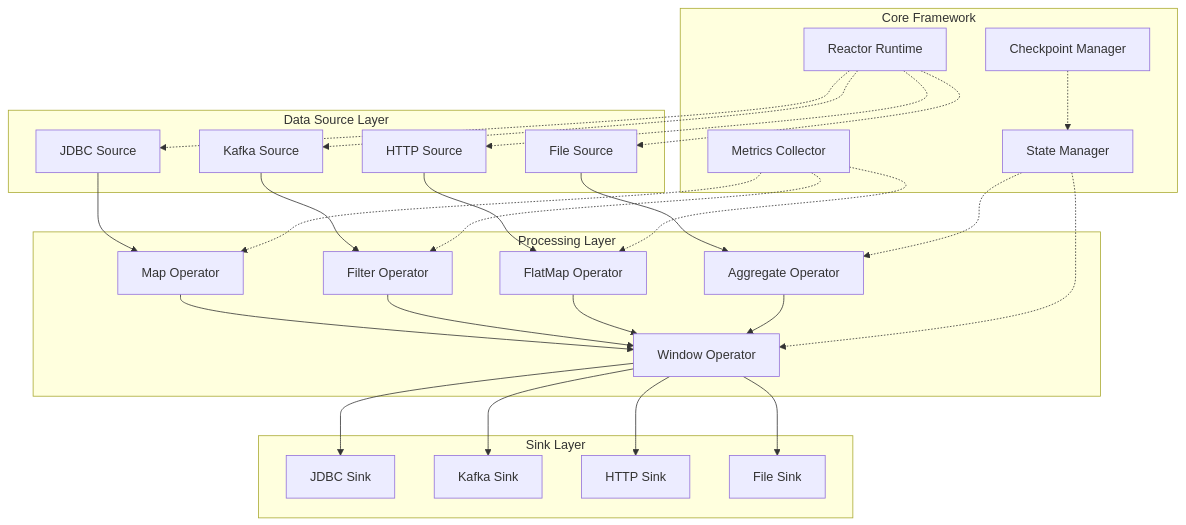
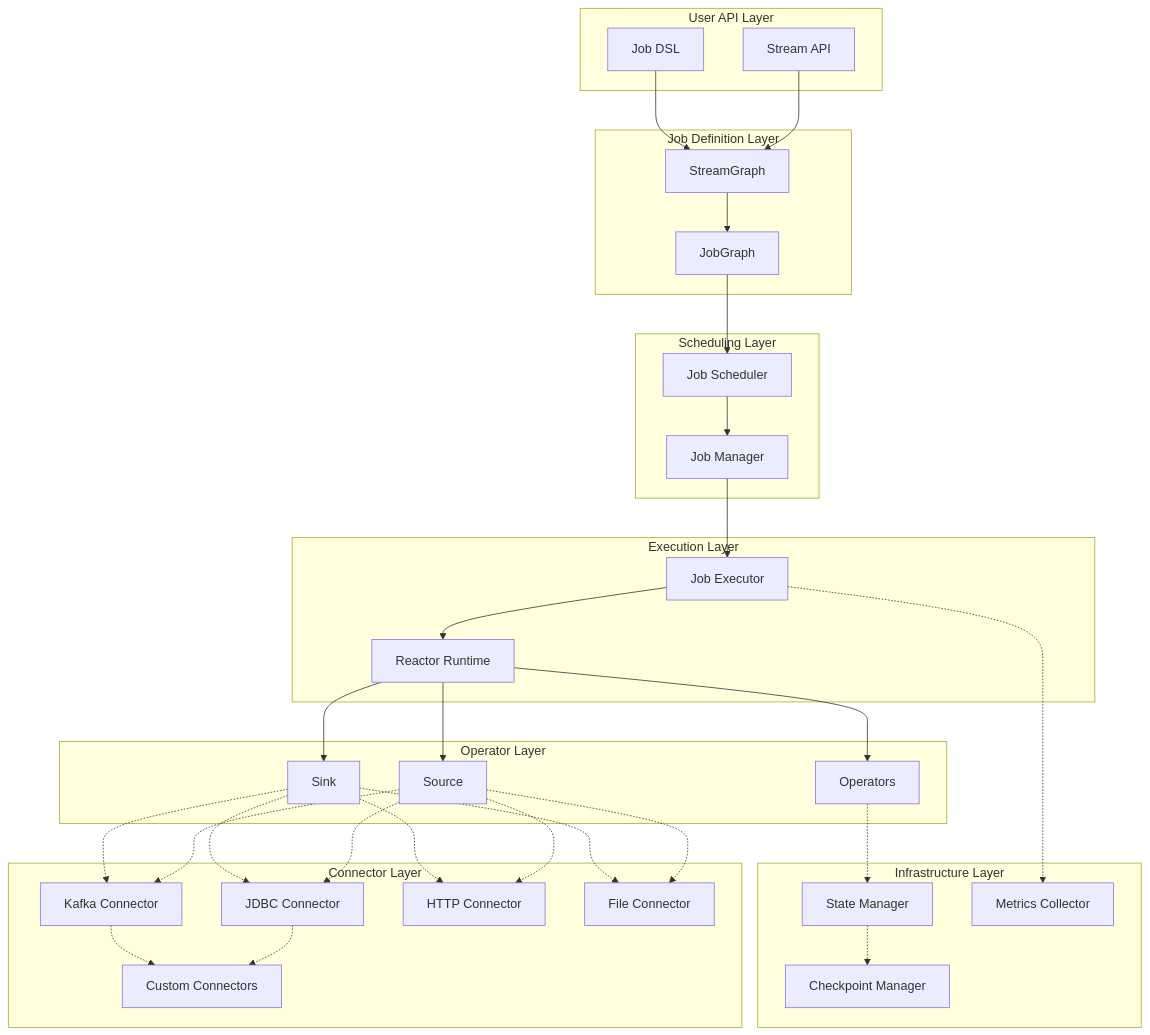
The first of 24 diagrams in docs/reactive-etl-framework-design.md (312268112/advanced-java), drawn with Mermaid before and after one commit. The commit also changed other lines of this file, not shown here.

Commit message:
Refactor: Update reactive ETL framework design documentation

````diff
--- a/docs/reactive-etl-framework-design.md
+++ b/docs/reactive-etl-framework-design.md
@@ -30,58 +31,69 @@
 ```mermaid
 graph TB
-    subgraph "Data Source Layer"
-        S1[JDBC Source]
-        S2[Kafka Source]
-        S3[HTTP Source]
-        S4[File Source]
+    subgraph "User API Layer"
+        API[Stream API]
+        DSL[Job DSL]
     end
     
-    subgraph "Processing Layer"
-        OP1[Map Operator]
-        OP2[Filter Operator]
-        OP3[FlatMap Operator]
-        OP4[Aggregate Operator]
-        OP5[Window Operator]
+    subgraph "Job Definition Layer"
+        SG[StreamGraph]
+        JG[JobGraph]
     end
     
-    subgraph "Sink Layer"
-        K1[JDBC Sink]
-        K2[Kafka Sink]
-        K3[HTTP Sink]
-        K4[File Sink]
+    subgraph "Scheduling Layer"
+        JS[Job Scheduler]
+        JM[Job Manager]
     end
     
-    subgraph "Core Framework"
+    subgraph "Execution Layer"
+        JE[Job Executor]
         RT[Reactor Runtime]
+    end
+    
+    subgraph "Operator Layer"
+        SRC[Source]
+        OPS[Operators]
+        SNK[Sink]
+    end
+    
+    subgraph "Connector Layer"
+        JDBC[JDBC Connector]
+        KAFKA[Kafka Connector]
+        HTTP[HTTP Connector]
+        FILE[File Connector]
+        CUSTOM[Custom Connectors]
+    end
+    
+    subgraph "Infrastructure Layer"
         SM[State Manager]
         CP[Checkpoint Manager]
         MT[Metrics Collector]
     end
     
-    S1 --> OP1
-    S2 --> OP2
-    S3 --> OP3
-    S4 --> OP4
+    API --> SG
+    DSL --> SG
+    SG --> JG
+    JG --> JS
+    JS --> JM
+    JM --> JE
+    JE --> RT
+    RT --> SRC
+    RT --> OPS
+    RT --> SNK
     
-    OP1 --> OP5
-    OP2 --> OP5
-    OP3 --> OP5
-    OP4 --> OP5
+    SRC -.-> JDBC
+    SRC -.-> KAFKA
+    SRC -.-> HTTP
+    SRC -.-> FILE
+    SNK -.-> JDBC
+    SNK -.-> KAFKA
+    SNK -.-> HTTP
+    SNK -.-> FILE
     
-    OP5 --> K1
-    OP5 --> K2
-    OP5 --> K3
-    OP5 --> K4
+    JDBC -.-> CUSTOM
+    KAFKA -.-> CUSTOM
     
-    RT -.-> S1
-    RT -.-> S2
-    RT -.-> S3
-    RT -.-> S4
-    
-    SM -.-> OP4
-    SM -.-> OP5
-    CP -.-> SM
-    MT -.-> OP1
-    MT -.-> OP2
-    MT -.-> OP3
+    OPS -.-> SM
+    SM -.-> CP
+    JE -.-> MT
 ```
````
